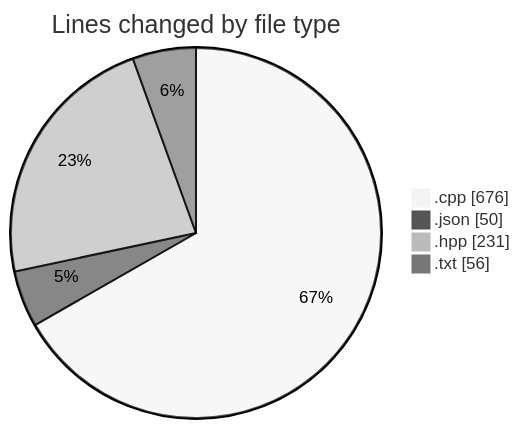
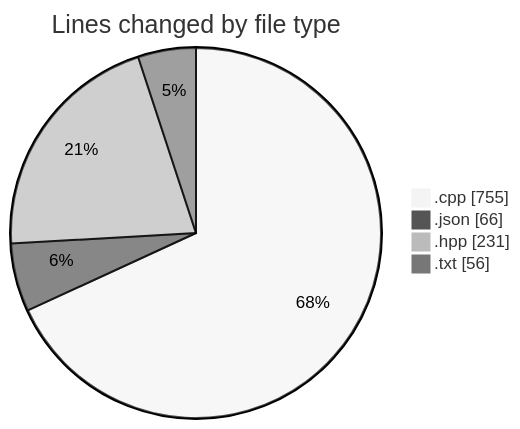
The first of 2 diagrams in 2025-04-21/echo/README.md (Netris89/code-tracking), drawn with Mermaid (neutral theme) before and after one commit. The commit also changed other lines of this file and 1 other file, not shown here.

````diff
--- a/2025-04-21/echo/README.md
+++ b/2025-04-21/echo/README.md
@@ -25,8 +25,8 @@
 ```mermaid
 pie showData
 title Lines changed by file type
-".cpp" : 676
-".json" : 50
+".cpp" : 755
+".json" : 66
 ".hpp" : 231
 ".txt" : 56
 ```
````
